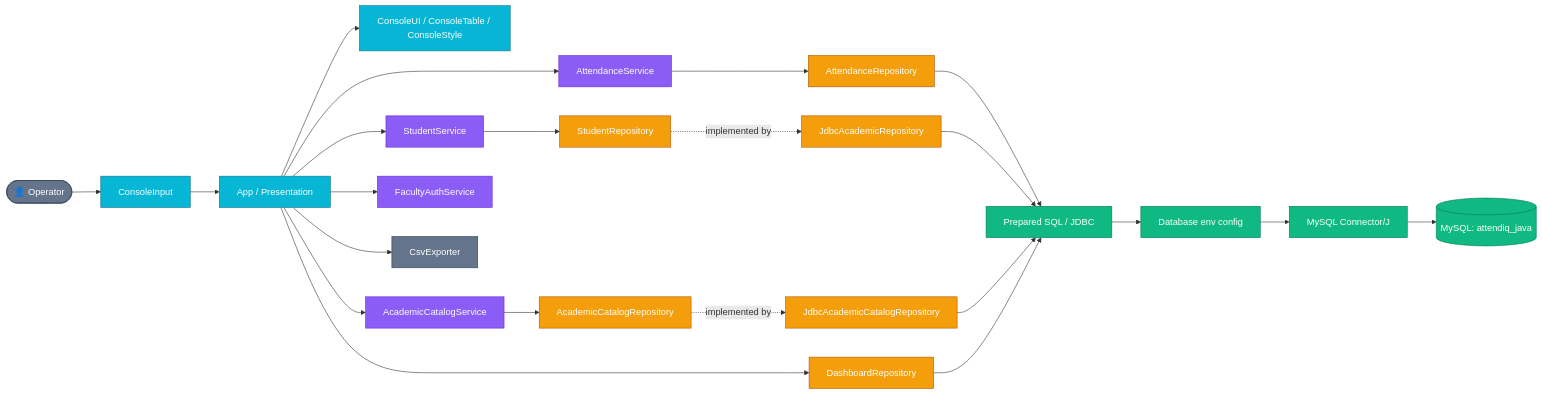
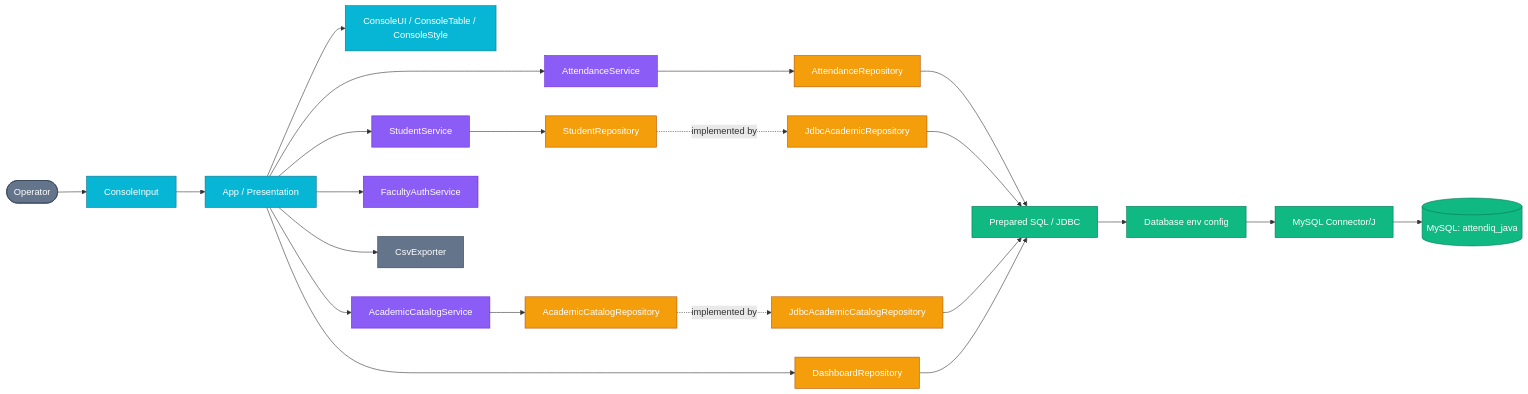
One commit to vishweshwaranbalasundaram/Attend-IQ changed the first of 6 diagrams in README.md. Above: the diagram before and after it, drawn with Mermaid. The commit also changed other lines of this file, not shown here.

````diff
--- a/README.md
+++ b/README.md
@@ -135,34 +135,34 @@
 ```mermaid
 flowchart LR
     classDef ui fill:#06b6d4,stroke:#0e7490,color:#fff
     classDef svc fill:#8b5cf6,stroke:#6d28d9,color:#fff
     classDef repo fill:#f59e0b,stroke:#b45309,color:#fff
     classDef db fill:#10b981,stroke:#047857,color:#fff
     classDef misc fill:#64748b,stroke:#334155,color:#fff
 
-    Operator([👤 Operator]):::misc --> Input[ConsoleInput]:::ui
+    Operator([Operator]):::misc --> Input[ConsoleInput]:::ui
     Input --> App[App / Presentation]:::ui
     App --> UI[ConsoleUI / ConsoleTable / ConsoleStyle]:::ui
 
     App --> AttendanceService:::svc
     App --> StudentService:::svc
     App --> CatalogService[AcademicCatalogService]:::svc
     App --> FacultyAuthService:::svc
     App --> Dashboard[DashboardRepository]:::repo
     App --> CSV[CsvExporter]:::misc
 
     AttendanceService --> AttendancePort[AttendanceRepository]:::repo
     StudentService --> StudentPort[StudentRepository]:::repo
     CatalogService --> CatalogPort[AcademicCatalogRepository]:::repo
 
     StudentPort -. implemented by .-> StudentJdbc[JdbcAcademicRepository]:::repo
     CatalogPort -. implemented by .-> CatalogJdbc[JdbcAcademicCatalogRepository]:::repo
 
     AttendancePort --> JDBC[Prepared SQL / JDBC]:::db
     StudentJdbc --> JDBC
     CatalogJdbc --> JDBC
     Dashboard --> JDBC
     JDBC --> Database[Database env config]:::db
     Database --> Connector[MySQL Connector/J]:::db
     Connector --> MySQL[(MySQL: attendiq_java)]:::db
 ```
````
